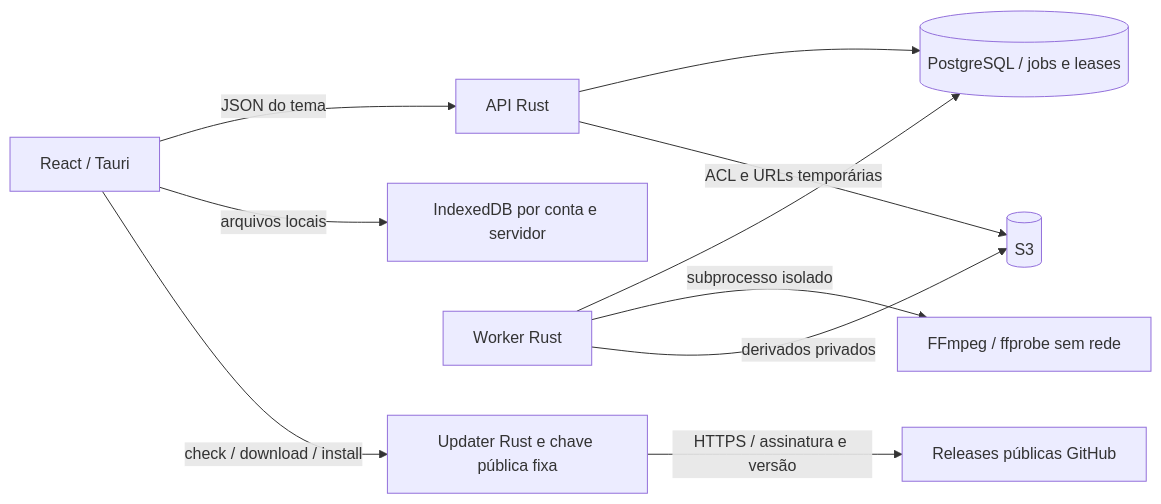
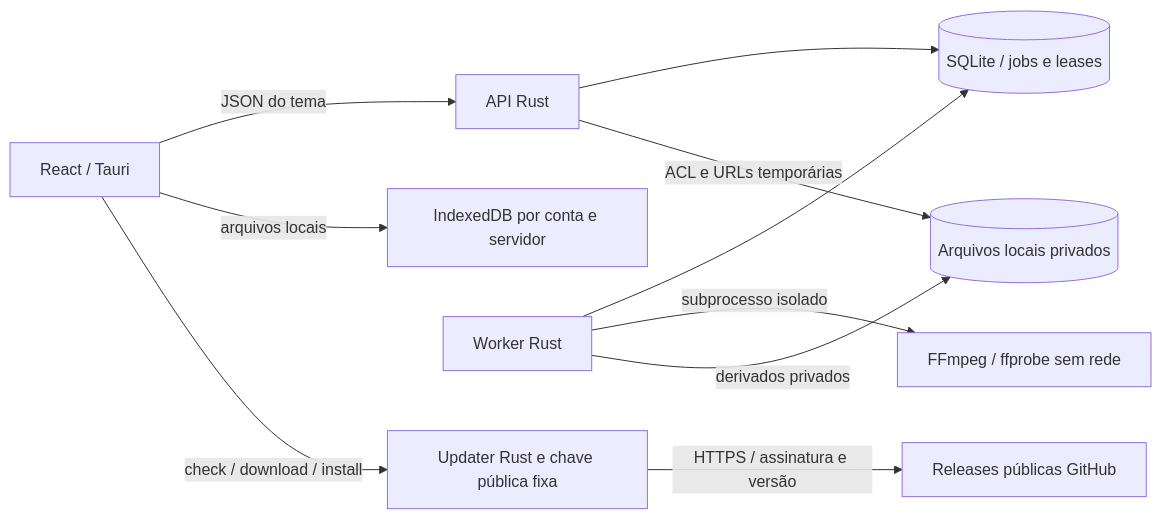
Before and after one commit to BersaneV/Harmony: the diagram in ARCHITECTURE.md, drawn with Mermaid. The commit also changed other lines of this file and 96 other files, not shown here.

````diff
--- a/ARCHITECTURE.md
+++ b/ARCHITECTURE.md
@@ -252,12 +244,12 @@
 ```mermaid
 flowchart LR
   UI[React / Tauri] -->|JSON do tema| API[API Rust]
   UI -->|arquivos locais| IDB[IndexedDB por conta e servidor]
-  API --> PG[(PostgreSQL / jobs e leases)]
+  API --> PG[(SQLite / jobs e leases)]
   Worker[Worker Rust] --> PG
   Worker -->|subprocesso isolado| FF[FFmpeg / ffprobe sem rede]
-  Worker -->|derivados privados| S3[(S3)]
+  Worker -->|derivados privados| S3[(Arquivos locais privados)]
   API -->|ACL e URLs temporárias| S3
   UI -->|check / download / install| Native[Updater Rust e chave pública fixa]
   Native -->|HTTPS / assinatura e versão| GH[Releases públicas GitHub]
 ```
````
